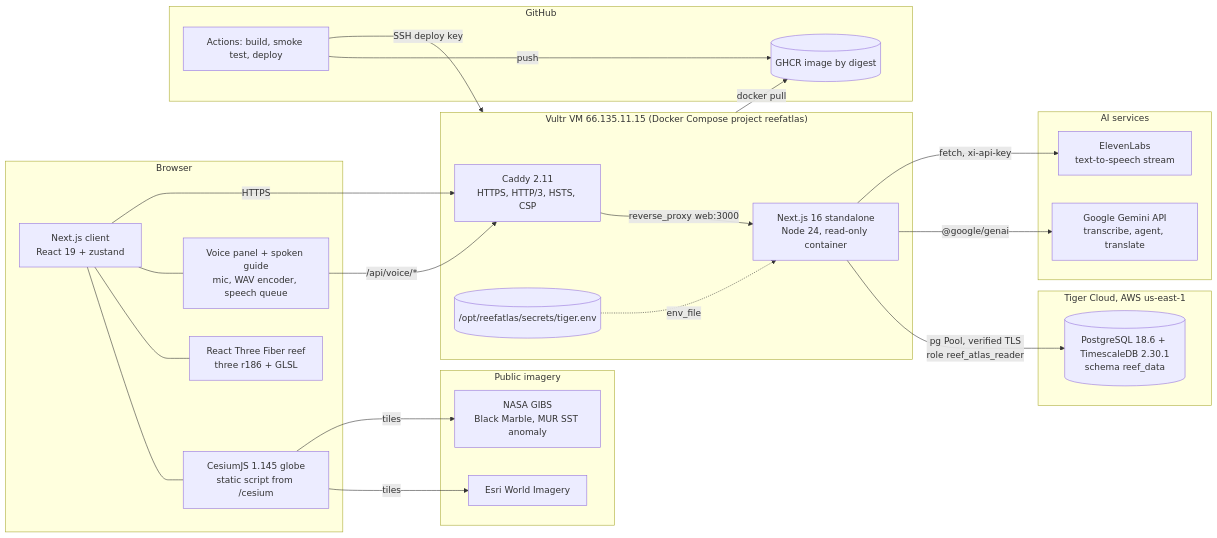
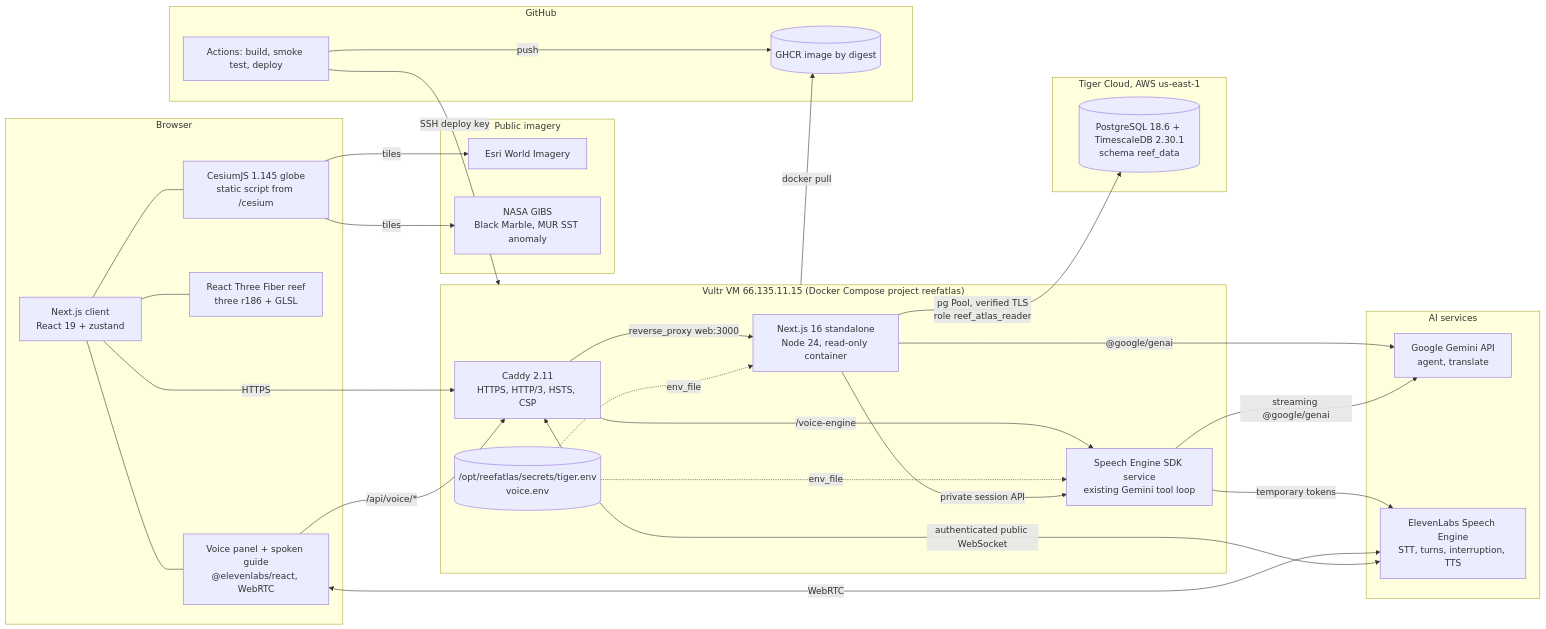
One commit to VJL0/owlhack-2026 changed the first of 11 diagrams in README.md. Above: the diagram before and after it, drawn with Mermaid. The commit also changed other lines of this file and 25 other files, not shown here.

Commit message:
Replace manual voice pipeline with ElevenLabs Speech Engine

````diff
--- a/README.md
+++ b/README.md
@@ -83,50 +83,57 @@
 ```mermaid
 flowchart LR
     subgraph Client["Browser"]
         UI["Next.js client<br/>React 19 + zustand"]
         Globe["CesiumJS 1.145 globe<br/>static script from /cesium"]
         Reef["React Three Fiber reef<br/>three r186 + GLSL"]
-        Voice["Voice panel + spoken guide<br/>mic, WAV encoder, speech queue"]
+        Voice["Voice panel + spoken guide<br/>@elevenlabs/react, WebRTC"]
         UI --- Globe
         UI --- Reef
         UI --- Voice
     end
 
     subgraph Vultr["Vultr VM 66.135.11.15 (Docker Compose project reefatlas)"]
         Caddy["Caddy 2.11<br/>HTTPS, HTTP/3, HSTS, CSP"]
         Web["Next.js 16 standalone<br/>Node 24, read-only container"]
-        Secret[("/opt/reefatlas/secrets/tiger.env")]
+        Secret[("/opt/reefatlas/secrets/tiger.env<br/>voice.env")]
+        Speech["Speech Engine SDK service<br/>existing Gemini tool loop"]
+        Caddy -->|"/voice-engine"| Speech
+        Secret -.->|"env_file"| Speech
         Caddy -->|"reverse_proxy web:3000"| Web
         Secret -.->|"env_file"| Web
     end
 
     subgraph Tiger["Tiger Cloud, AWS us-east-1"]
         PG[("PostgreSQL 18.6 + TimescaleDB 2.30.1<br/>schema reef_data")]
     end
 
     subgraph AI["AI services"]
-        Gemini["Google Gemini API<br/>transcribe, agent, translate"]
-        Eleven["ElevenLabs<br/>text-to-speech stream"]
+        Gemini["Google Gemini API<br/>agent, translate"]
+        Eleven["ElevenLabs Speech Engine<br/>STT, turns, interruption, TTS"]
     end
 
     subgraph Tiles["Public imagery"]
         Esri["Esri World Imagery"]
         GIBS["NASA GIBS<br/>Black Marble, MUR SST anomaly"]
     end
 
     subgraph CI["GitHub"]
         GHA["Actions: build, smoke test, deploy"]
         GHCR[("GHCR image by digest")]
     end
 
     UI -->|"HTTPS"| Caddy
     Voice -->|"/api/voice/*"| Caddy
     Globe -->|"tiles"| Esri
     Globe -->|"tiles"| GIBS
     Web -->|"pg Pool, verified TLS<br/>role reef_atlas_reader"| PG
     Web -->|"@google/genai"| Gemini
-    Web -->|"fetch, xi-api-key"| Eleven
+    Web -->|"private session API"| Speech
+    Speech -->|"temporary tokens"| Eleven
+    Voice <-->|"WebRTC"| Eleven
+    Eleven <-->|"authenticated public WebSocket"| Caddy
+    Speech -->|"streaming @google/genai"| Gemini
     GHA -->|"push"| GHCR
     GHA -->|"SSH deploy key"| Vultr
     Vultr -->|"docker pull"| GHCR
 ```
````
